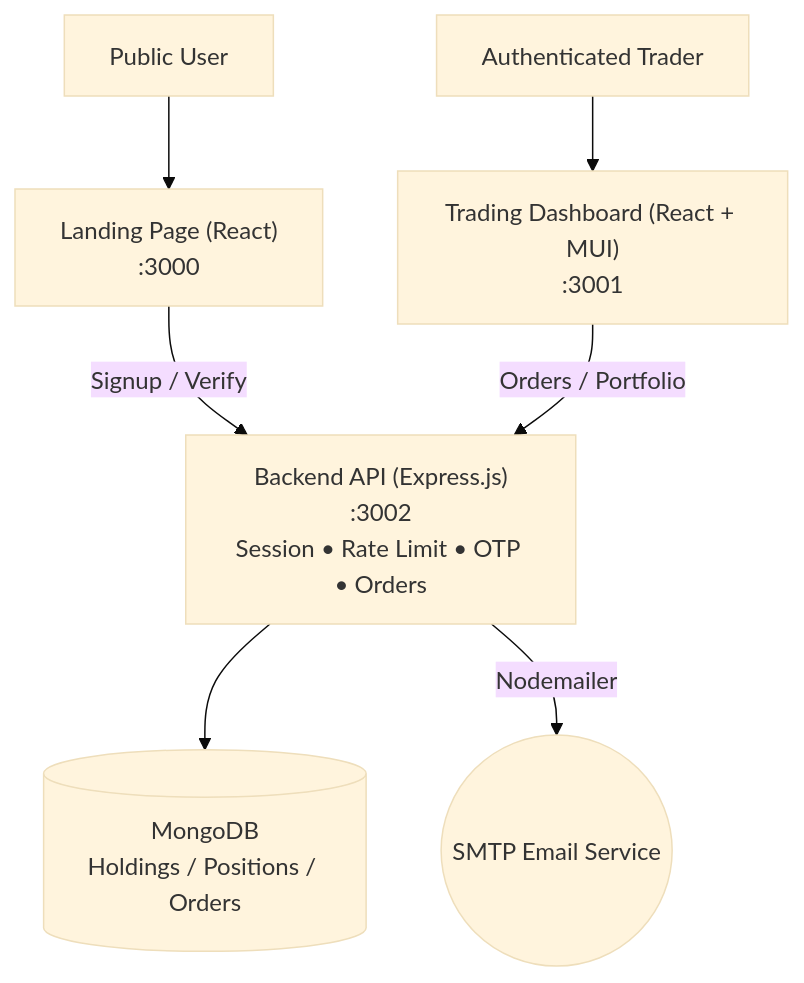
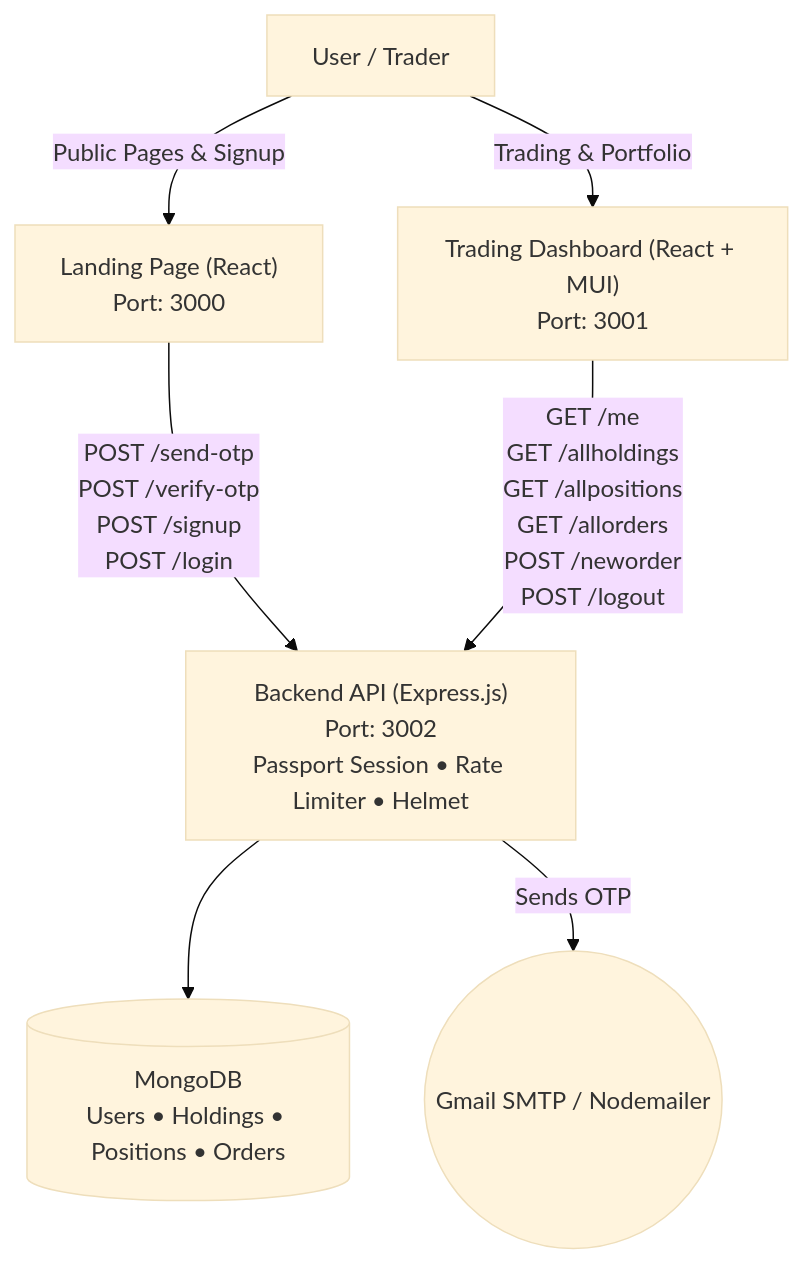
One commit to Rohit-hub-coder/Profit_Profile changed the diagram in README.md. Above: the diagram before and after it, drawn with Mermaid (base theme). The commit also changed other lines of this file and 1 other file, not shown here.

````diff
--- a/README.md
+++ b/README.md
@@ -48,22 +80,21 @@
 ```mermaid
 graph TD
-    Client1[Public User]
-    Client2[Authenticated Trader]
+    User[User / Trader]
     
-    FrontEnd["Landing Page (React)<br/>:3000"]
-    Dashboard["Trading Dashboard (React + MUI)<br/>:3001"]
+    FrontEnd["Landing Page (React)<br/>Port: 3000"]
+    Dashboard["Trading Dashboard (React + MUI)<br/>Port: 3001"]
     
-    API["Backend API (Express.js)<br/>:3002<br/>Session • Rate Limit • OTP • Orders"]
+    API["Backend API (Express.js)<br/>Port: 3002<br/>Passport Session • Rate Limiter • Helmet"]
     
-    DB[(MongoDB<br/>Holdings / Positions / Orders)]
-    Mail((SMTP Email Service))
+    DB[(MongoDB<br/>Users • Holdings • Positions • Orders)]
+    SMTP((Gmail SMTP / Nodemailer))
 
-    Client1 --> FrontEnd
-    Client2 --> Dashboard
+    User -->|Public Pages & Signup| FrontEnd
+    User -->|Trading & Portfolio| Dashboard
     
-    FrontEnd -->|Signup / Verify| API
-    Dashboard -->|Orders / Portfolio| API
+    FrontEnd -->|POST /send-otp<br/>POST /verify-otp<br/>POST /signup<br/>POST /login| API
+    Dashboard -->|GET /me<br/>GET /allholdings<br/>GET /allpositions<br/>GET /allorders<br/>POST /neworder<br/>POST /logout| API
     
     API --> DB
-    API -->|Nodemailer| Mail
+    API -->|Sends OTP| SMTP
 ```
````
